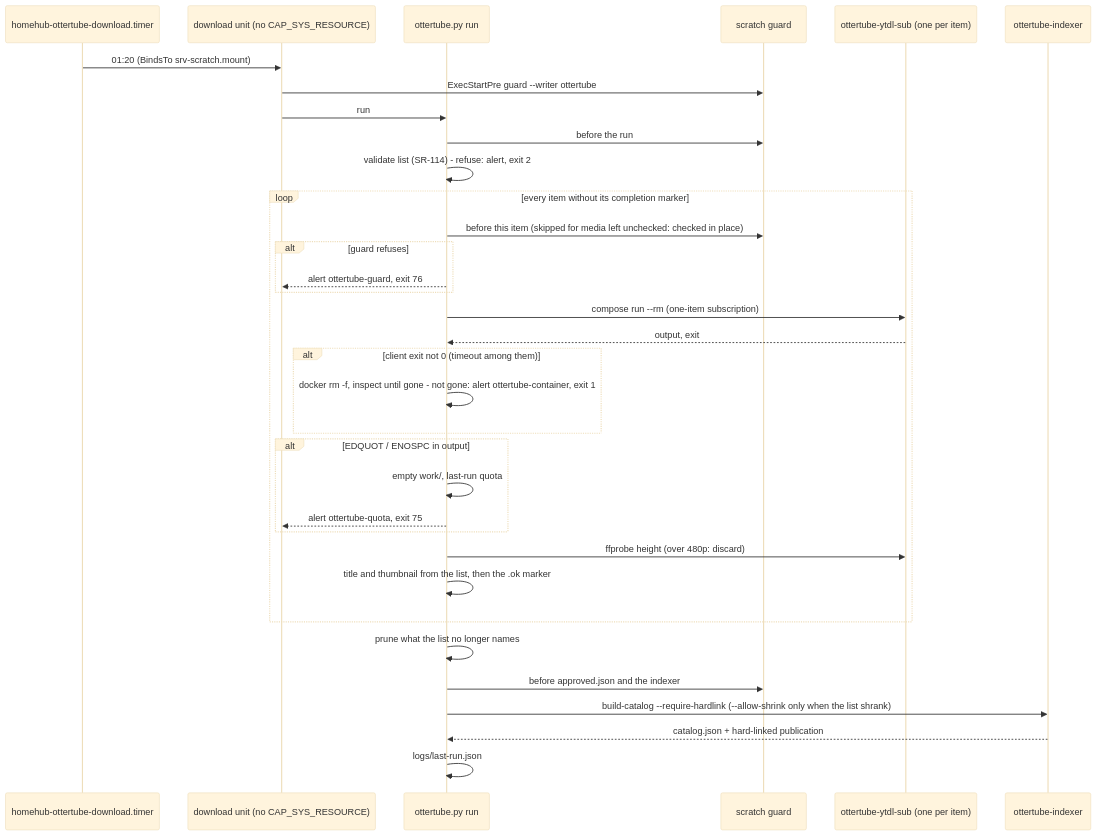
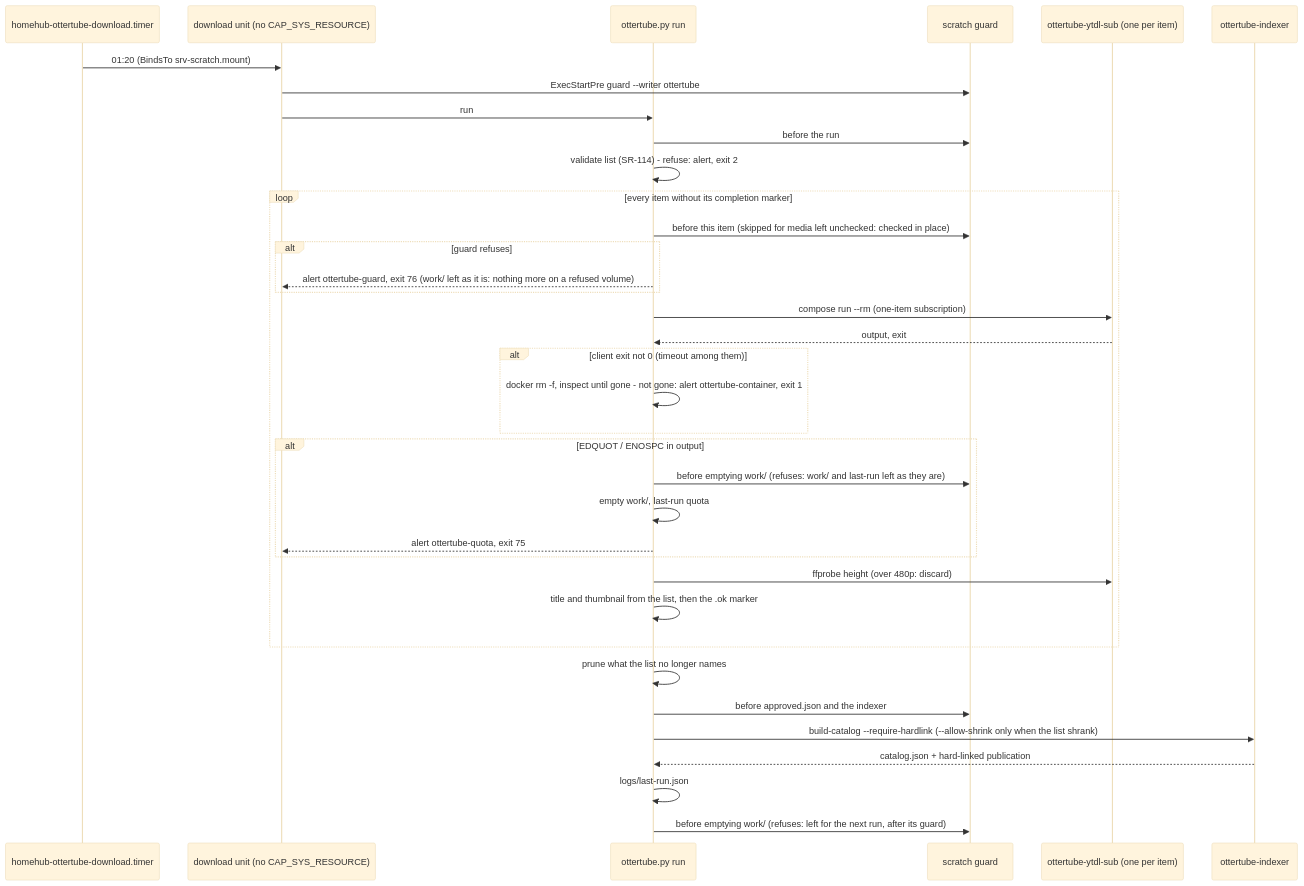
Before and after one commit to diytechy/MiniPC-Deployer: diagram 19 of 21 in docs/architecture.md, drawn with Mermaid (base theme). The commit also changed other lines of this file and 7 other files, not shown here.

````diff
--- a/docs/architecture.md
+++ b/docs/architecture.md
@@ -1032,36 +1033,38 @@
 ```mermaid
 sequenceDiagram
     participant T as homehub-ottertube-download.timer
     participant U as download unit (no CAP_SYS_RESOURCE)
     participant R as ottertube.py run
     participant G as scratch guard
     participant Y as ottertube-ytdl-sub (one per item)
     participant I as ottertube-indexer
     T->>U: 01:20 (BindsTo srv-scratch.mount)
     U->>G: ExecStartPre guard --writer ottertube
     U->>R: run
     R->>G: before the run
     R->>R: validate list (SR-114) - refuse: alert, exit 2
     loop every item without its completion marker
         R->>G: before this item (skipped for media left unchecked: checked in place)
         alt guard refuses
-            R-->>U: alert ottertube-guard, exit 76
+            R-->>U: alert ottertube-guard, exit 76 (work/ left as it is: nothing more on a refused volume)
         end
         R->>Y: compose run --rm (one-item subscription)
         Y-->>R: output, exit
         alt client exit not 0 (timeout among them)
             R->>R: docker rm -f, inspect until gone - not gone: alert ottertube-container, exit 1
         end
         alt EDQUOT / ENOSPC in output
+            R->>G: before emptying work/ (refuses: work/ and last-run left as they are)
             R->>R: empty work/, last-run quota
             R-->>U: alert ottertube-quota, exit 75
         end
         R->>Y: ffprobe height (over 480p: discard)
         R->>R: title and thumbnail from the list, then the .ok marker
     end
     R->>R: prune what the list no longer names
     R->>G: before approved.json and the indexer
     R->>I: build-catalog --require-hardlink (--allow-shrink only when the list shrank)
     I-->>R: catalog.json + hard-linked publication
     R->>R: logs/last-run.json
+    R->>G: before emptying work/ (refuses: left for the next run, after its guard)
 ```
````
